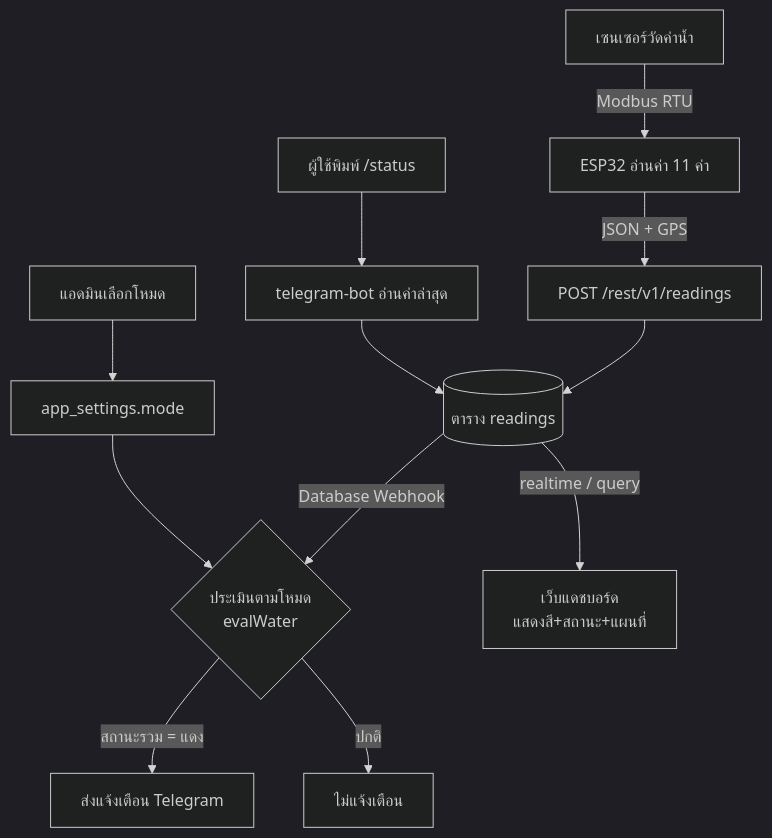
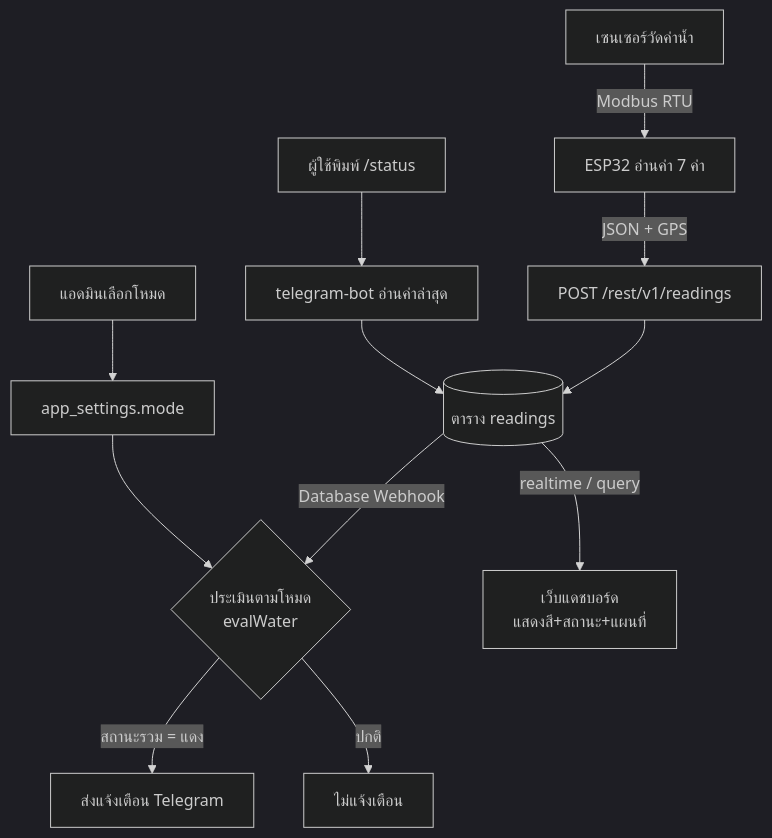
One commit to MERMAX04/Real-time-Marine-Water-Quality-Monitoring-Buoy-System changed the second of 10 diagrams in 5-extensions/07-thesis-chapters.md. Above: the diagram before and after it, drawn with Mermaid (dark theme). The commit also changed other lines of this file and 11 other files, not shown here.

````diff
--- a/5-extensions/07-thesis-chapters.md
+++ b/5-extensions/07-thesis-chapters.md
@@ -37,12 +37,12 @@
 ```mermaid
 flowchart TD
-  A[เซนเซอร์วัดค่าน้ำ] -->|Modbus RTU| B[ESP32 อ่านค่า 11 ค่า]
+  A[เซนเซอร์วัดค่าน้ำ] -->|Modbus RTU| B[ESP32 อ่านค่า 7 ค่า]
   B -->|JSON + GPS| C[POST /rest/v1/readings]
   C --> D[(ตาราง readings)]
   D -->|Database Webhook| E{ประเมินตามโหมด<br/>evalWater}
   E -->|สถานะรวม = แดง| F[ส่งแจ้งเตือน Telegram]
   E -->|ปกติ| G[ไม่แจ้งเตือน]
   D -->|realtime / query| H[เว็บแดชบอร์ด<br/>แสดงสี+สถานะ+แผนที่]
   I[ผู้ใช้พิมพ์ /status] --> J[telegram-bot อ่านค่าล่าสุด] --> D
   K[แอดมินเลือกโหมด] --> L[app_settings.mode] --> E
 ```
````
